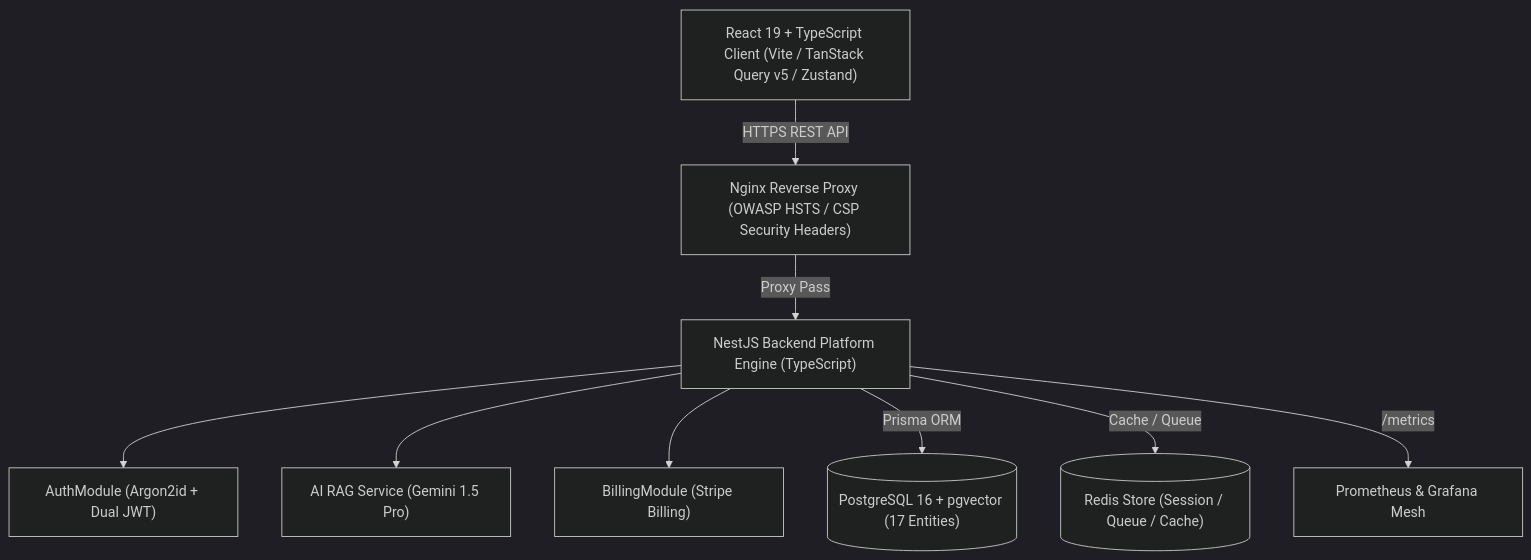
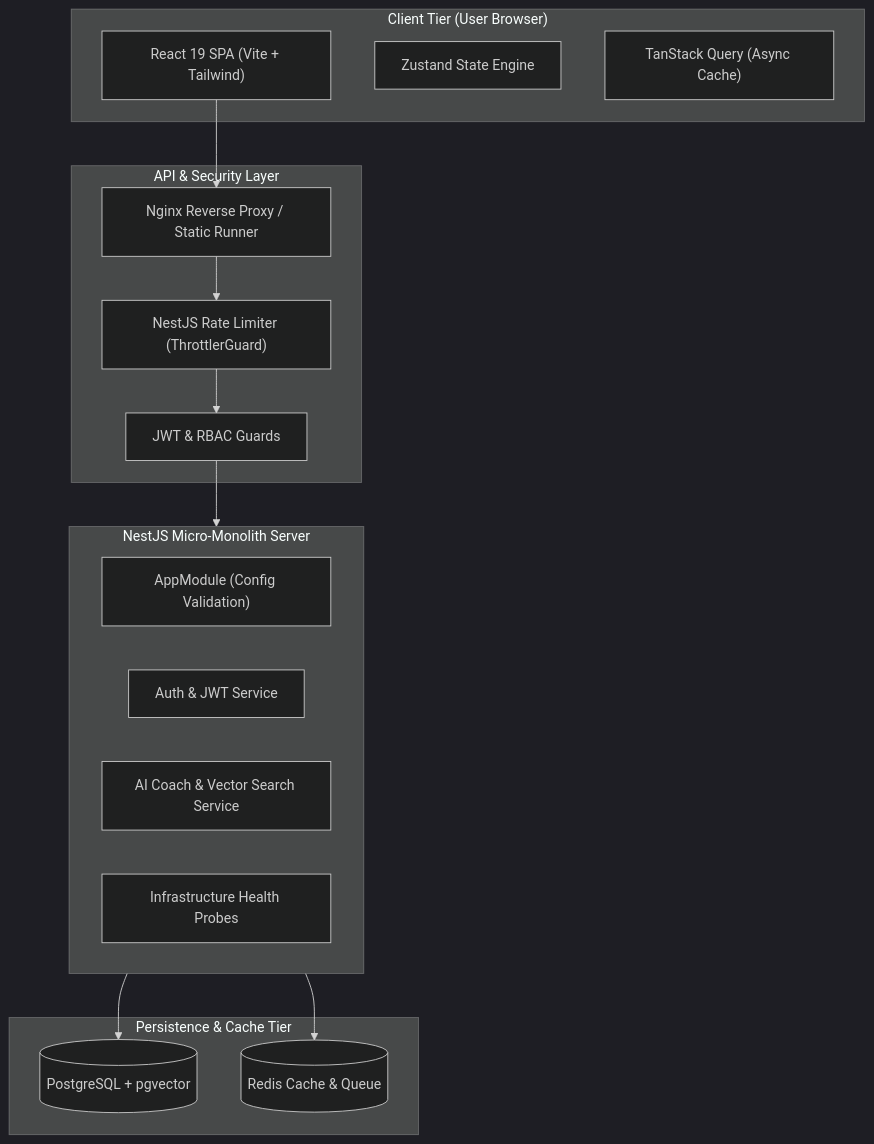
The diagram in README.md (NohaCode-lab/Fit-Zone), drawn with Mermaid (dark theme) before and after one commit. The commit also changed other lines of this file and 23 other files, not shown here.

````diff
--- a/README.md
+++ b/README.md
@@ -49,21 +75,33 @@
 ```mermaid
-graph TD
-    Client["React 19 + TypeScript Client (Vite / TanStack Query v5 / Zustand)"]
-    Nginx["Nginx Reverse Proxy (OWASP HSTS / CSP Security Headers)"]
-    NestJS["NestJS Backend Platform Engine (TypeScript)"]
-    Auth["AuthModule (Argon2id + Dual JWT)"]
-    AIModule["AI RAG Service (Gemini 1.5 Pro)"]
-    Billing["BillingModule (Stripe Billing)"]
-    Postgres[("PostgreSQL 16 + pgvector (17 Entities)")]
-    Redis[("Redis Store (Session / Queue / Cache)")]
-    Observability["Prometheus & Grafana Mesh"]
+flowchart TD
+    subgraph Client["Client Tier (User Browser)"]
+        ReactApp["React 19 SPA (Vite + Tailwind)"]
+        ZustandStore["Zustand State Engine"]
+        ReactQuery["TanStack Query (Async Cache)"]
+    end
 
-    Client -->|HTTPS REST API| Nginx
-    Nginx -->|Proxy Pass| NestJS
-    NestJS --> Auth
-    NestJS --> AIModule
-    NestJS --> Billing
-    NestJS -->|Prisma ORM| Postgres
-    NestJS -->|Cache / Queue| Redis
-    NestJS -->|/metrics| Observability
+    subgraph Gateway["API & Security Layer"]
+        Nginx["Nginx Reverse Proxy / Static Runner"]
+        Throttler["NestJS Rate Limiter (ThrottlerGuard)"]
+        AuthGuard["JWT & RBAC Guards"]
+    end
+
+    subgraph Backend["NestJS Micro-Monolith Server"]
+        AppModule["AppModule (Config Validation)"]
+        AuthService["Auth & JWT Service"]
+        AiService["AI Coach & Vector Search Service"]
+        HealthService["Infrastructure Health Probes"]
+    end
+
+    subgraph Data["Persistence & Cache Tier"]
+        Postgres[(PostgreSQL + pgvector)]
+        Redis[(Redis Cache & Queue)]
+    end
+
+    ReactApp --> Nginx
+    Nginx --> Throttler
+    Throttler --> AuthGuard
+    AuthGuard --> Backend
+    Backend --> Postgres
+    Backend --> Redis
 ```
````
